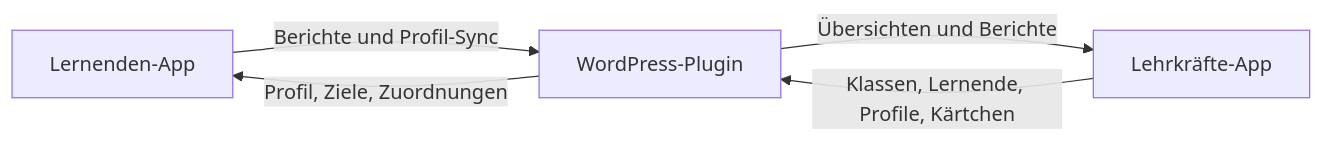
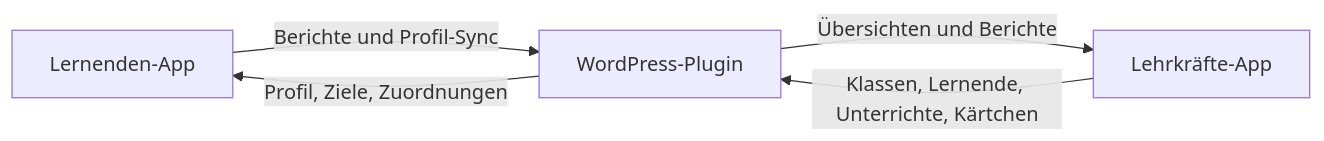
The first of 3 diagrams in README.md (marsrakete/fleisstakt), drawn with Mermaid before and after one commit. The commit also changed other lines of this file and 13 other files, not shown here.

````diff
--- a/README.md
+++ b/README.md
@@ -40,7 +40,7 @@
 ```mermaid
 flowchart LR
     A["Lernenden-App"] -->|Berichte und Profil-Sync| B["WordPress-Plugin"]
-    C["Lehrkräfte-App"] -->|Klassen, Lernende, Profile, Kärtchen| B
+C["Lehrkräfte-App"] -->|Klassen, Lernende, Unterrichte, Kärtchen| B
     B -->|Profil, Ziele, Zuordnungen| A
     B -->|Übersichten und Berichte| C
 ```
````
